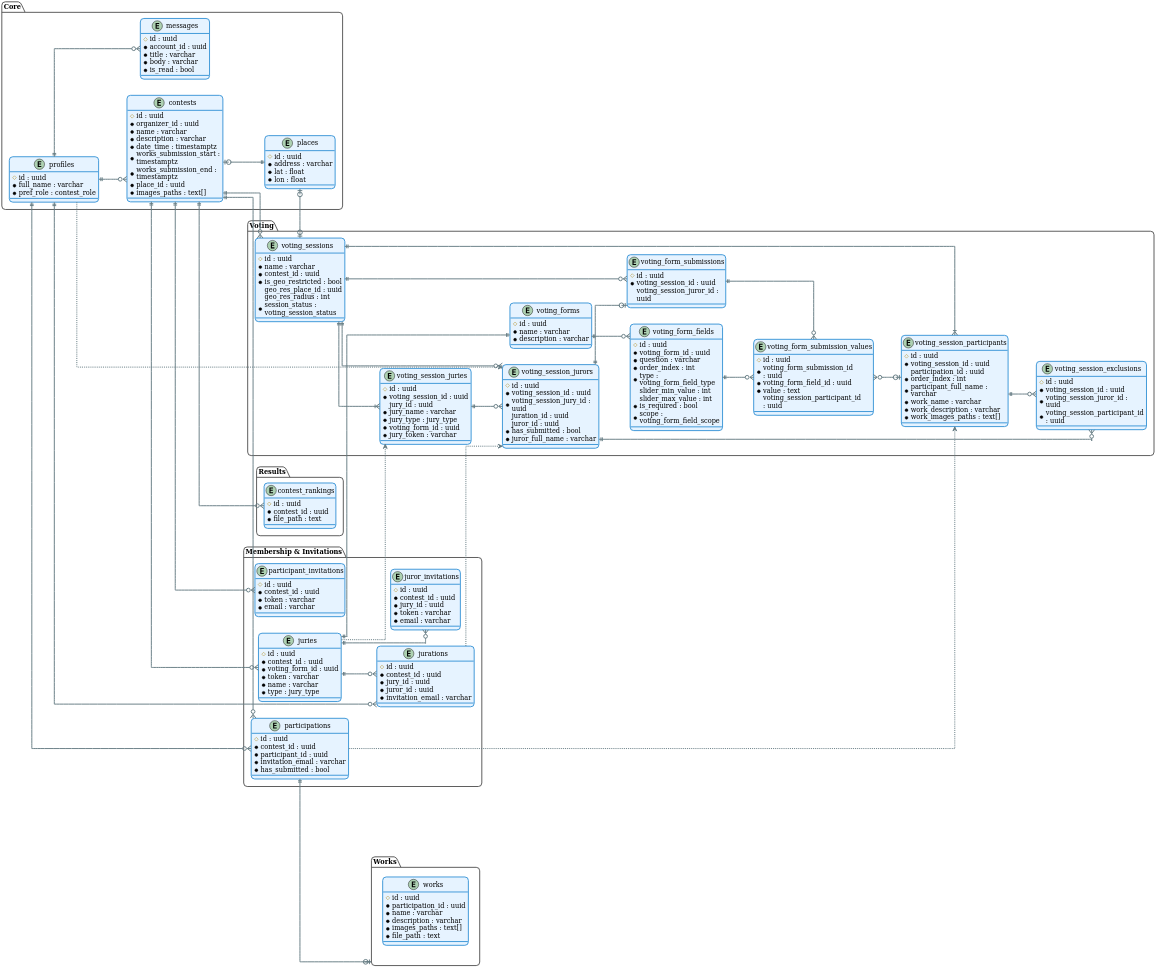
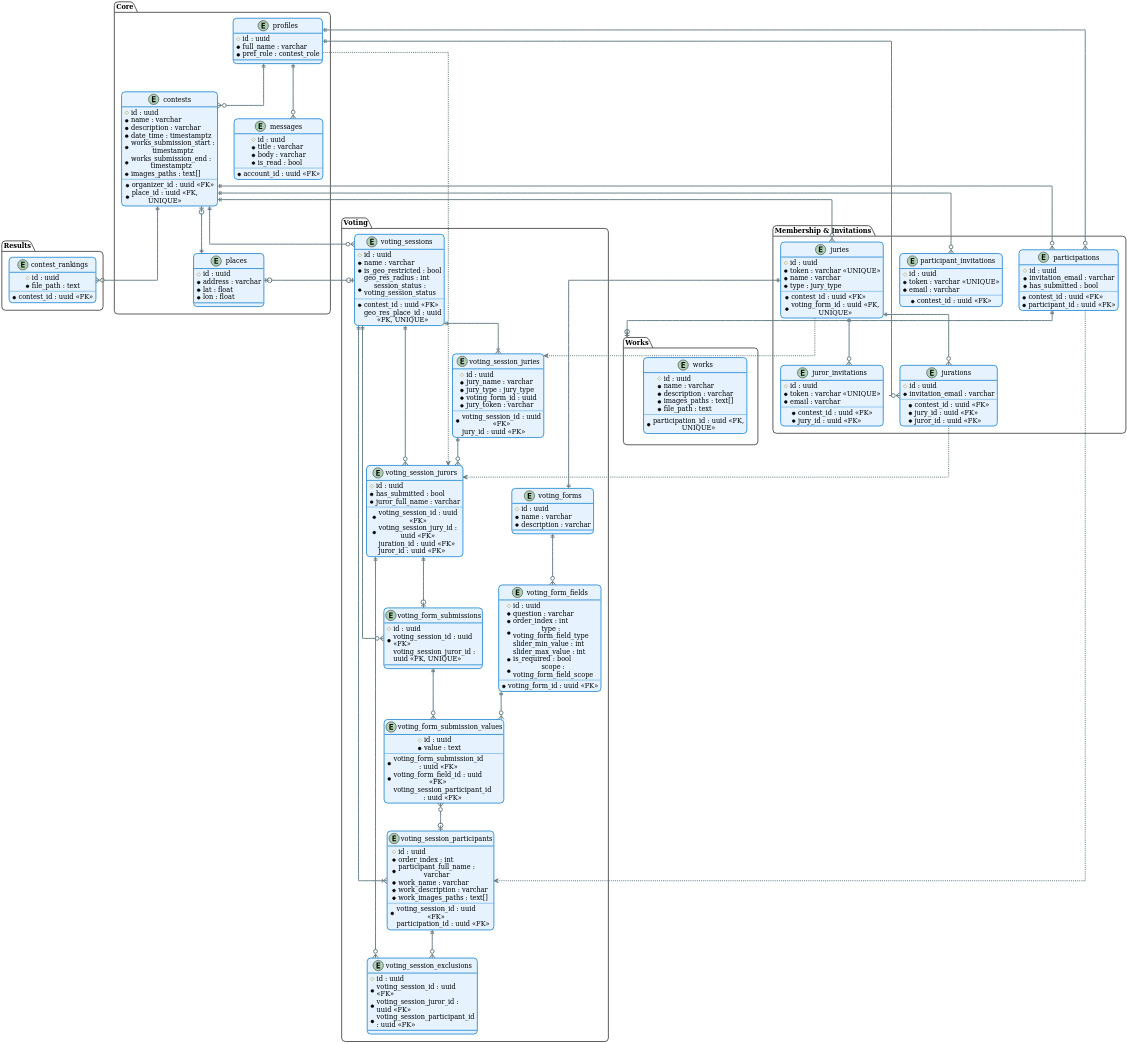
The diagram in thesis/diagrams/src/database.puml (TMoretta/Swift-Contest), drawn with PlantUML before and after one commit. The commit also changed 31 other files, not shown here.

Commit message:
Updated diagrams

```diff
--- a/thesis/diagrams/src/database.puml
+++ b/thesis/diagrams/src/database.puml
@@ -1,7 +1,7 @@
 @startuml
 
 !theme sunlust
-left to right direction
+top to bottom direction
 skinparam dpi 300
 skinparam backgroundColor transparent
 skinparam actorStyle awesome
@@ -30,14 +30,15 @@
     }
     entity "contests" as Contests {
         #id : uuid
-        *organizer_id : uuid
         *name : varchar
         *description : varchar
         *date_time : timestamptz
         *works_submission_start : timestamptz
         *works_submission_end : timestamptz
-        *place_id : uuid
         *images_paths : text[]
+        --
+        *organizer_id : uuid <<FK>>
+        *place_id : uuid <<FK, UNIQUE>>
     }
     entity "places" as Places {
         #id : uuid
@@ -47,10 +48,11 @@
     }
     entity "messages" as Messages {
         #id : uuid
-        *account_id : uuid
         *title : varchar
         *body : varchar
         *is_read : bool
+        --
+        *account_id : uuid <<FK>>
     }
 }
 
@@ -58,38 +60,43 @@
 package "Membership & Invitations" {
     entity "participations" as Participations {
         #id : uuid
-        *contest_id : uuid
-        *participant_id : uuid
         *invitation_email : varchar
         *has_submitted : bool
+        --
+        *contest_id : uuid <<FK>>
+        *participant_id : uuid <<FK>>
     }
     entity "juries" as Juries {
         #id : uuid
-        *contest_id : uuid
-        *voting_form_id : uuid
-        *token : varchar
+        *token : varchar <<UNIQUE>>
         *name : varchar
         *type : jury_type
+        --
+        *contest_id : uuid <<FK>>
+        *voting_form_id : uuid <<FK, UNIQUE>>
     }
     entity "jurations" as Jurations {
         #id : uuid
-        *contest_id : uuid
-        *jury_id : uuid
-        *juror_id : uuid
         *invitation_email : varchar
+        --
+        *contest_id : uuid <<FK>>
+        *jury_id : uuid <<FK>>
+        *juror_id : uuid <<FK>>
     }
     entity "participant_invitations" as ParticipantInvitations {
         #id : uuid
-        *contest_id : uuid
-        *token : varchar
+        *token : varchar <<UNIQUE>>
         *email : varchar
+        --
+        *contest_id : uuid <<FK>>
     }
     entity "juror_invitations" as JurorInvitations {
         #id : uuid
-        *contest_id : uuid
-        *jury_id : uuid
-        *token : varchar
+        *token : varchar <<UNIQUE>>
         *email : varchar
+        --
+        *contest_id : uuid <<FK>>
+        *jury_id : uuid <<FK>>
     }
 }
 
@@ -97,11 +104,12 @@
 package "Works" {
     entity "works" as Works {
         #id : uuid
-        *participation_id : uuid
         *name : varchar
         *description : varchar
         *images_paths : text[]
         *file_path : text
+        --
+        *participation_id : uuid <<FK, UNIQUE>>
     }
 }
 
@@ -115,7 +123,6 @@
     }
     entity "voting_form_fields" as VotingFormFields {
         #id : uuid
-        *voting_form_id : uuid
         *question : varchar
         *order_index : int
         *type : voting_form_field_type
@@ -123,65 +130,72 @@
         slider_max_value : int
         *is_required : bool
         *scope : voting_form_field_scope
+        --
+        *voting_form_id : uuid <<FK>>
     }
 
     ' Voting Process
     entity "voting_sessions" as VotingSessions {
         #id : uuid
         *name : varchar
-        *contest_id : uuid
         *is_geo_restricted : bool
-        geo_res_place_id : uuid
         geo_res_radius : int
         *session_status : voting_session_status
+        --
+        *contest_id : uuid <<FK>>
+        geo_res_place_id : uuid <<FK, UNIQUE>>
     }
     entity "voting_form_submissions" as Submissions {
         #id : uuid
-        *voting_session_id : uuid
-        voting_session_juror_id : uuid
+        *voting_session_id : uuid <<FK>>
+        voting_session_juror_id : uuid <<FK, UNIQUE>>
     }
     entity "voting_form_submission_values" as SubmissionValues {
         #id : uuid
-        *voting_form_submission_id : uuid
-        *voting_form_field_id : uuid
         *value : text
-        voting_session_participant_id : uuid
+        --
+        *voting_form_submission_id : uuid <<FK>>
+        *voting_form_field_id : uuid <<FK>>
+        voting_session_participant_id : uuid <<FK>>
     }
 
     ' Snapshot Tables
     entity "voting_session_juries" as VSJuries {
         #id : uuid
-        *voting_session_id : uuid
-        jury_id : uuid
         *jury_name : varchar
         *jury_type : jury_type
         *voting_form_id : uuid
         *jury_token : varchar
+        --
+        *voting_session_id : uuid <<FK>>
+        jury_id : uuid <<FK>>
     }
     entity "voting_session_jurors" as VSJurors {
         #id : uuid
-        *voting_session_id : uuid
-        *voting_session_jury_id : uuid
-        juration_id : uuid
-        juror_id : uuid
         *has_submitted : bool
         *juror_full_name : varchar
+        --
+        *voting_session_id : uuid <<FK>>
+        *voting_session_jury_id : uuid <<FK>>
+        juration_id : uuid <<FK>>
+        juror_id : uuid <<FK>>
     }
     entity "voting_session_participants" as VSParticipants {
         #id : uuid
-        *voting_session_id : uuid
-        participation_id : uuid
         *order_index : int
         *participant_full_name : varchar
         *work_name : varchar
         *work_description : varchar
         *work_images_paths : text[]
+        --
+        *voting_session_id : uuid <<FK>>
+        participation_id : uuid <<FK>>
     }
     entity "voting_session_exclusions" as VSExclusions {
         #id : uuid
-        *voting_session_id : uuid
-        *voting_session_juror_id : uuid
-        *voting_session_participant_id : uuid
+        *voting_session_id : uuid <<FK>>
+        *voting_session_juror_id : uuid <<FK>>
+        *voting_session_participant_id : uuid <<FK>>
     }
 }
 
@@ -189,8 +203,9 @@
 package "Results" {
     entity "contest_rankings" as Rankings {
         #id : uuid
-        *contest_id : uuid
         *file_path : text
+        --
+        *contest_id : uuid <<FK>>
     }
 }
 
@@ -214,7 +229,6 @@
 Juries ||--o{ JurorInvitations
 
 ' --- Works ---
-' CORREZIONE FINALE: Una partecipazione ha 0 o 1 lavoro.
 Participations ||--o| Works
 
 ' --- Voting Forms ---
```
